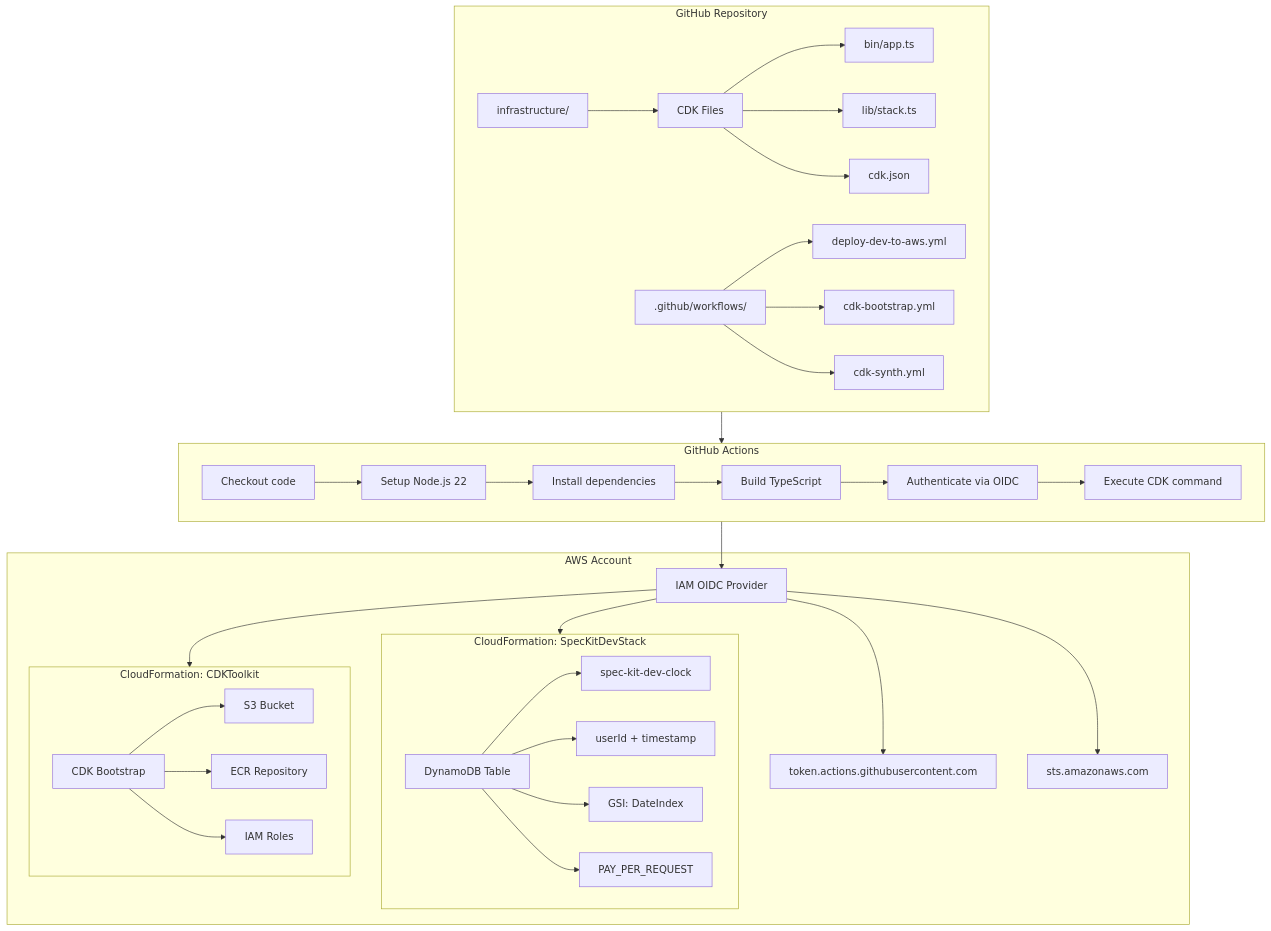
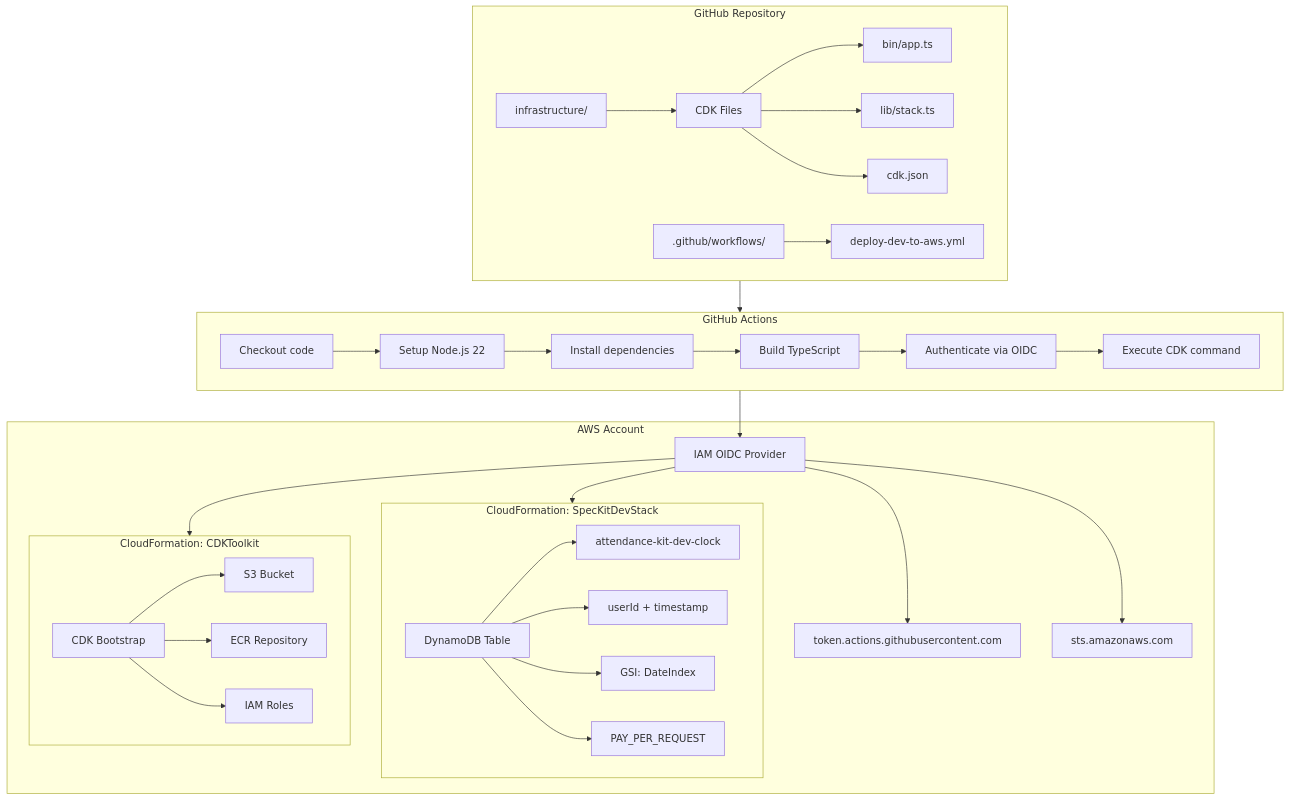
Before and after one commit to goataka/attendance-kit: the first of 3 diagrams in specs/1-aws-clock-table-cicd/plan.md, drawn with Mermaid. The commit also changed other lines of this file and 28 other files, not shown here.

````diff
--- a/specs/1-aws-clock-table-cicd/plan.md
+++ b/specs/1-aws-clock-table-cicd/plan.md
@@ -44,70 +44,66 @@
 ```mermaid
 graph TB
     subgraph GitHub["GitHub Repository"]
         infra["infrastructure/"]
         infra_files["CDK Files"]
         infra_bin["bin/app.ts"]
         infra_lib["lib/stack.ts"]
         infra_config["cdk.json"]
         workflows[".github/workflows/"]
         wf_deploy["deploy-dev-to-aws.yml"]
-        wf_bootstrap["cdk-bootstrap.yml"]
-        wf_synth["cdk-synth.yml"]
         
         infra --> infra_files
         infra_files --> infra_bin
         infra_files --> infra_lib
         infra_files --> infra_config
         workflows --> wf_deploy
-        workflows --> wf_bootstrap
-        workflows --> wf_synth
     end
     
     subgraph Actions["GitHub Actions"]
         step1["Checkout code"]
         step2["Setup Node.js 22"]
         step3["Install dependencies"]
         step4["Build TypeScript"]
         step5["Authenticate via OIDC"]
         step6["Execute CDK command"]
         step1 --> step2 --> step3 --> step4 --> step5 --> step6
     end
     
     subgraph AWS["AWS Account"]
         oidc["IAM OIDC Provider"]
         oidc_provider["token.actions.githubusercontent.com"]
         oidc_audience["sts.amazonaws.com"]
         
         subgraph Stack1["CloudFormation: SpecKitDevStack"]
             dynamo["DynamoDB Table"]
-            dynamo_name["spec-kit-dev-clock"]
+            dynamo_name["attendance-kit-dev-clock"]
             dynamo_keys["userId + timestamp"]
             dynamo_gsi["GSI: DateIndex"]
             dynamo_billing["PAY_PER_REQUEST"]
             
             dynamo --> dynamo_name
             dynamo --> dynamo_keys
             dynamo --> dynamo_gsi
             dynamo --> dynamo_billing
         end
         
         subgraph Stack2["CloudFormation: CDKToolkit"]
             toolkit["CDK Bootstrap"]
             toolkit_s3["S3 Bucket"]
             toolkit_ecr["ECR Repository"]
             toolkit_iam["IAM Roles"]
             
             toolkit --> toolkit_s3
             toolkit --> toolkit_ecr
             toolkit --> toolkit_iam
         end
         
         oidc --> oidc_provider
         oidc --> oidc_audience
     end
     
     GitHub --> Actions
     Actions --> oidc
     oidc --> Stack1
     oidc --> Stack2
 ```
````
